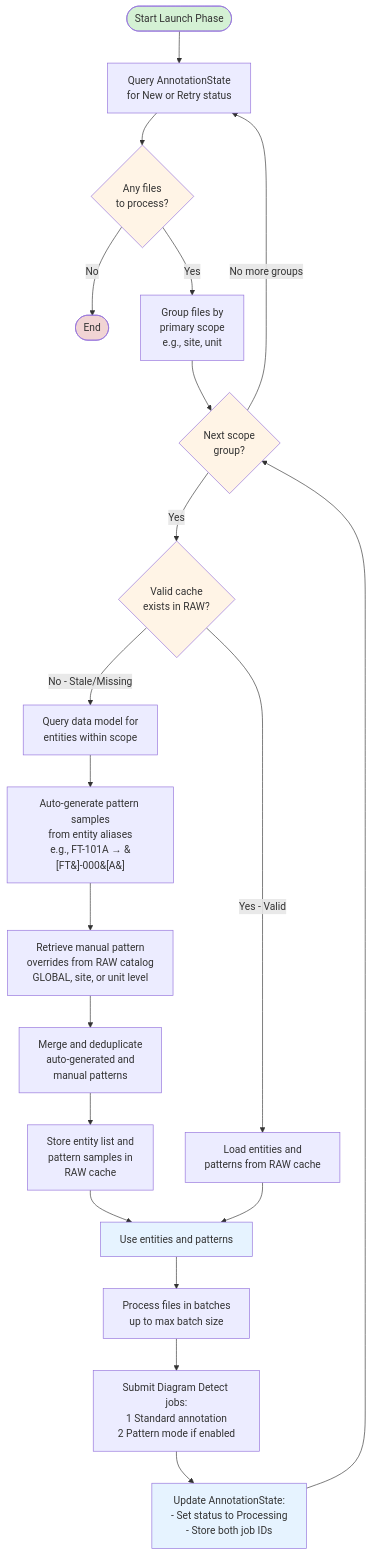
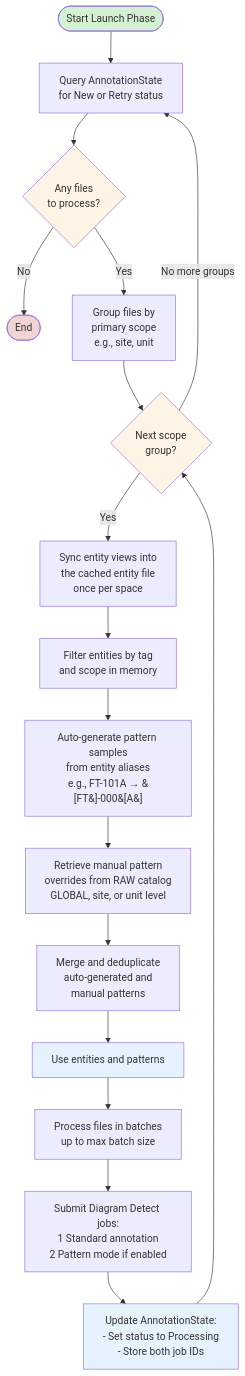
The second of 5 diagrams in modules/contextualization/cdf_file_annotation/README.md (cognitedata/library), drawn with Mermaid before and after one commit. The commit also changed other lines of this file and 188 other files, not shown here.

````diff
--- a/modules/contextualization/cdf_file_annotation/README.md
+++ b/modules/contextualization/cdf_file_annotation/README.md
@@ -166,34 +158,29 @@
 ```mermaid
 flowchart TD
     Start([Start Launch Phase]) --> QueryFiles[Query AnnotationState<br/>for New or Retry status]
     QueryFiles --> CheckFiles{Any files<br/>to process?}
     CheckFiles -->|No| End([End])
     CheckFiles -->|Yes| GroupFiles[Group files by<br/>primary scope<br/>e.g., site, unit]
 
     GroupFiles --> NextScope{Next scope<br/>group?}
-    NextScope -->|Yes| CheckCache{Valid cache<br/>exists in RAW?}
+    NextScope -->|Yes| SyncEntities[Sync entity views into<br/>the cached entity file<br/>once per space]
 
-    CheckCache -->|No - Stale/Missing| QueryEntities[Query data model for<br/>entities within scope]
-    QueryEntities --> GenPatterns[Auto-generate pattern samples<br/>from entity aliases<br/>e.g., FT-101A → &#91;FT&#93;-000&#91;A&#93;]
+    SyncEntities --> FilterScope[Filter entities by tag<br/>and scope in memory]
+    FilterScope --> GenPatterns[Auto-generate pattern samples<br/>from entity aliases<br/>e.g., FT-101A → &#91;FT&#93;-000&#91;A&#93;]
     GenPatterns --> GetManual[Retrieve manual pattern<br/>overrides from RAW catalog<br/>GLOBAL, site, or unit level]
     GetManual --> MergePatterns[Merge and deduplicate<br/>auto-generated and<br/>manual patterns]
-    MergePatterns --> StoreCache[Store entity list and<br/>pattern samples in<br/>RAW cache]
-    StoreCache --> UseCache[Use entities and patterns]
-
-    CheckCache -->|Yes - Valid| LoadCache[Load entities and<br/>patterns from RAW cache]
-    LoadCache --> UseCache
+    MergePatterns --> UseCache[Use entities and patterns]
 
     UseCache --> ProcessBatch[Process files in batches<br/>up to max batch size]
     ProcessBatch --> SubmitJobs[Submit Diagram Detect jobs:<br/>1 Standard annotation<br/>2 Pattern mode if enabled]
     SubmitJobs --> UpdateState[Update AnnotationState:<br/>- Set status to Processing<br/>- Store both job IDs]
     UpdateState --> NextScope
     NextScope -->|No more groups| QueryFiles
 
     style Start fill:#d4f1d4
     style End fill:#f1d4d4
     style CheckFiles fill:#fff4e6
-    style CheckCache fill:#fff4e6
     style NextScope fill:#fff4e6
     style UseCache fill:#e6f3ff
     style UpdateState fill:#e6f3ff
 ```
````
